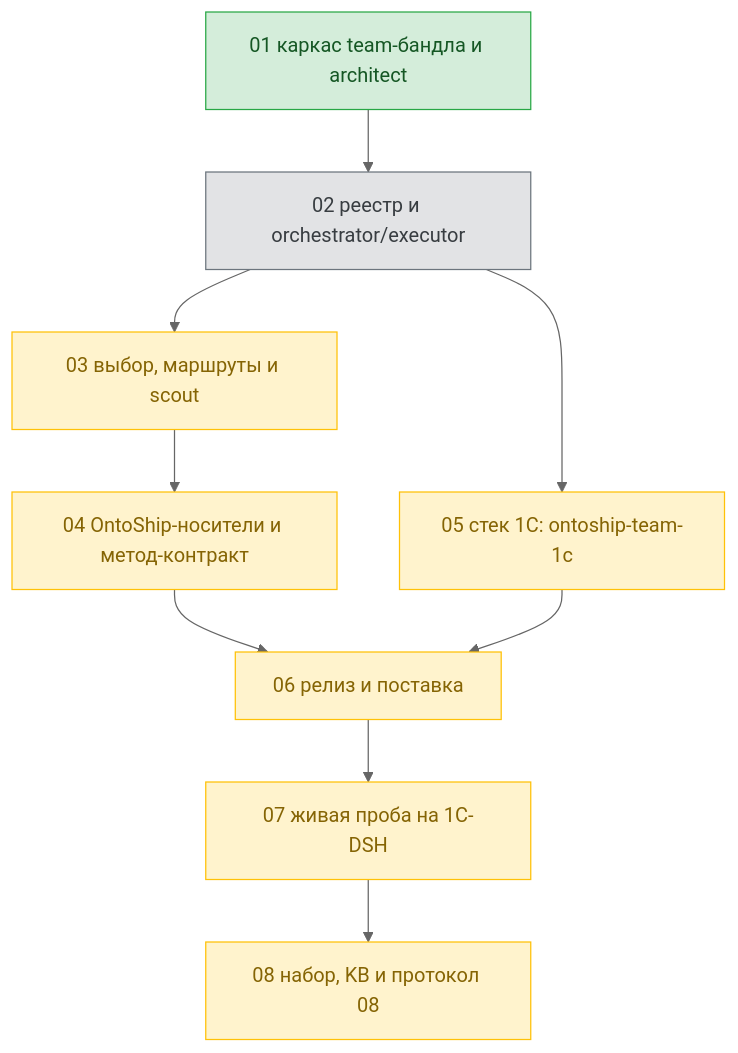
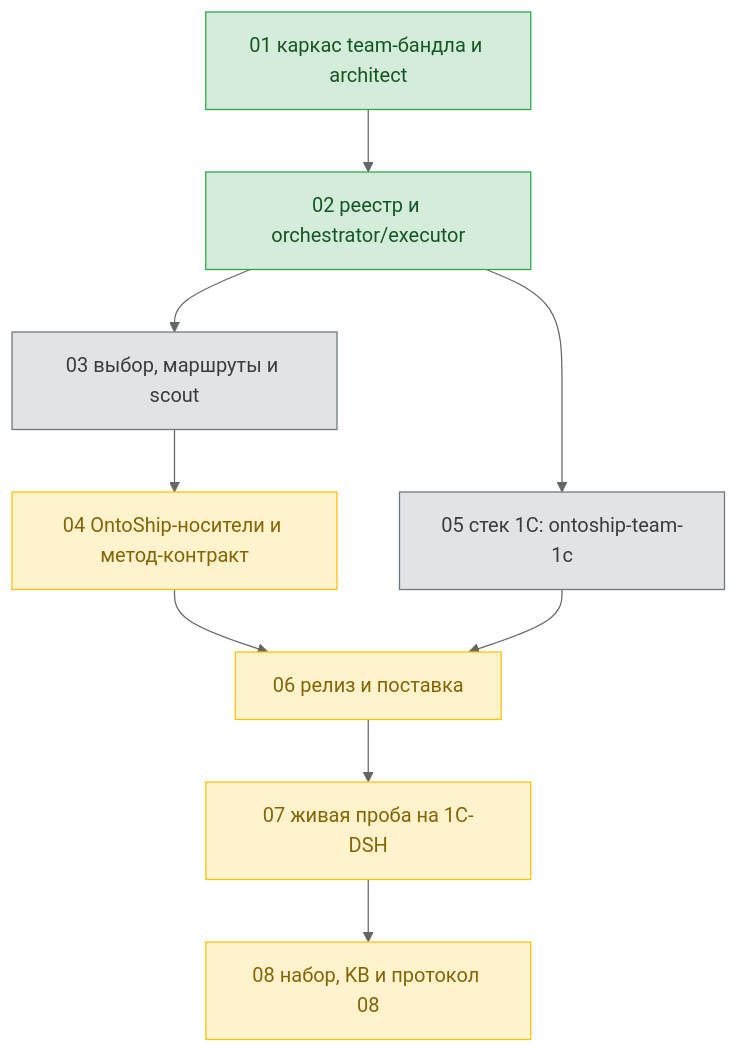
One commit to ntin60775/ontoship-ntin changed the diagram in tickets/team-profiles/dag.md. Above: the diagram before and after it, drawn with Mermaid (neutral theme). The commit also changed other lines of this file and 3 other files, not shown here.

````diff
--- a/tickets/team-profiles/dag.md
+++ b/tickets/team-profiles/dag.md
@@ -11,29 +11,29 @@
 ```mermaid
 flowchart TD
   T01["01 каркас team-бандла и architect"]
   T02["02 реестр и orchestrator/executor"]
   T03["03 выбор, маршруты и scout"]
   T04["04 OntoShip-носители и метод-контракт"]
   T05["05 стек 1C: ontoship-team-1c"]
   T06["06 релиз и поставка"]
   T07["07 живая проба на 1C-DSH"]
   T08["08 набор, KB и протокол 08"]
 
   T01 --> T02
   T02 --> T03
   T02 --> T05
   T03 --> T04
   T04 --> T06
   T05 --> T06
   T06 --> T07
   T07 --> T08
 
   classDef done fill:#d4edda,stroke:#28a745,color:#155724;
   classDef running fill:#cce5ff,stroke:#007bff,color:#004085;
   classDef pending fill:#e2e3e5,stroke:#6c757d,color:#383d41;
   classDef waiting fill:#fff3cd,stroke:#ffc107,color:#856404;
 
-  class T01 done;
-  class T02 pending;
-  class T03,T04,T05,T06,T07,T08 waiting;
+  class T01,T02 done;
+  class T03,T05 pending;
+  class T04,T06,T07,T08 waiting;
 ```
````
